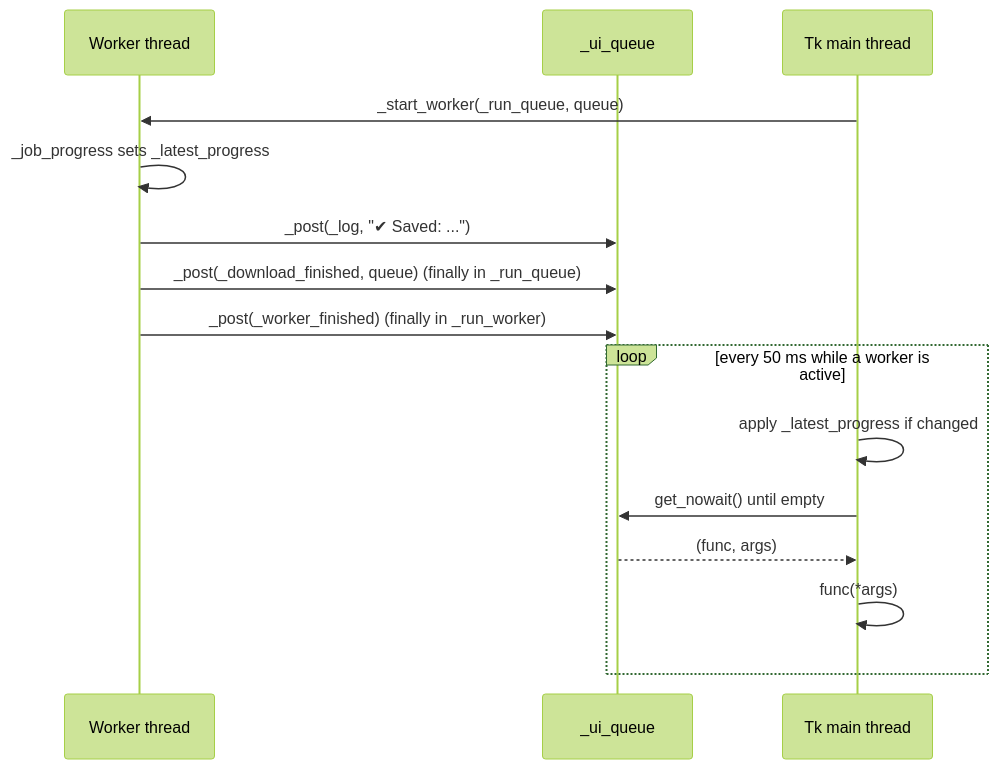
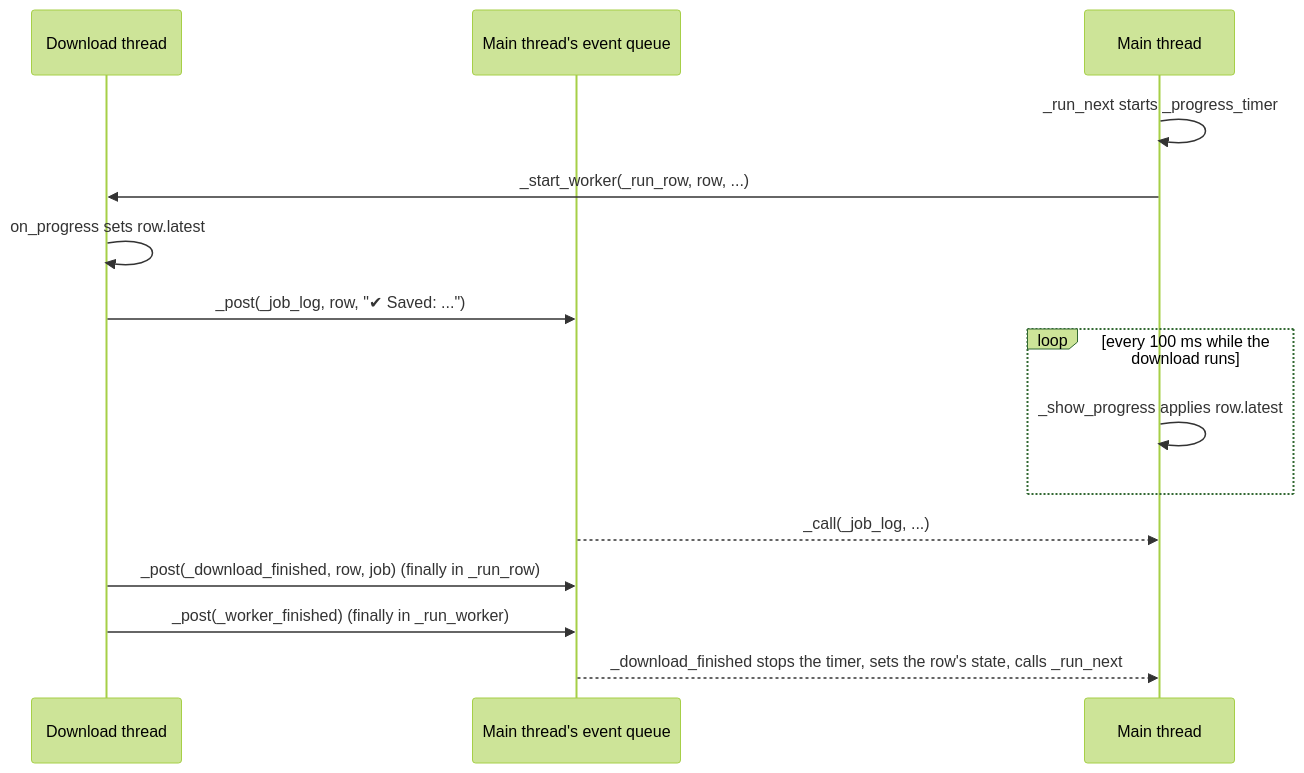
Before and after one commit to lifeupnorth/YouTubeDownloader: the second of 3 diagrams in docs/wiki/03-architecture.md, drawn with Mermaid (forest theme). The commit also changed other lines of this file and 24 other files, not shown here.

````diff
--- a/docs/wiki/03-architecture.md
+++ b/docs/wiki/03-architecture.md
@@ -70,17 +73,17 @@
 ```mermaid
 sequenceDiagram
-    participant W as Worker thread
-    participant Q as _ui_queue
-    participant M as Tk main thread
-    M->>W: _start_worker(_run_queue, queue)
-    W->>W: _job_progress sets _latest_progress
-    W->>Q: _post(_log, "✔ Saved: ...")
-    W->>Q: _post(_download_finished, queue) (finally in _run_queue)
-    W->>Q: _post(_worker_finished) (finally in _run_worker)
-    loop every 50 ms while a worker is active
-        M->>M: apply _latest_progress if changed
-        M->>Q: get_nowait() until empty
-        Q-->>M: (func, args)
-        M->>M: func(*args)
+    participant W as Download thread
+    participant E as Main thread's event queue
+    participant M as Main thread
+    M->>M: _run_next starts _progress_timer
+    M->>W: _start_worker(_run_row, row, ...)
+    W->>W: on_progress sets row.latest
+    W->>E: _post(_job_log, row, "✔ Saved: ...")
+    loop every 100 ms while the download runs
+        M->>M: _show_progress applies row.latest
     end
+    E-->>M: _call(_job_log, ...)
+    W->>E: _post(_download_finished, row, job) (finally in _run_row)
+    W->>E: _post(_worker_finished) (finally in _run_worker)
+    E-->>M: _download_finished stops the timer, sets the row's state, calls _run_next
 ```
````
